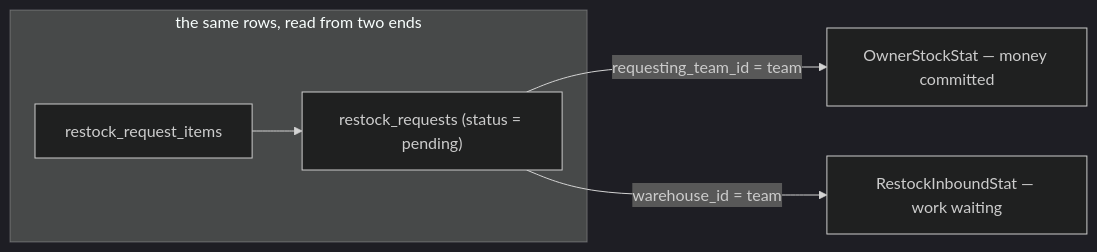
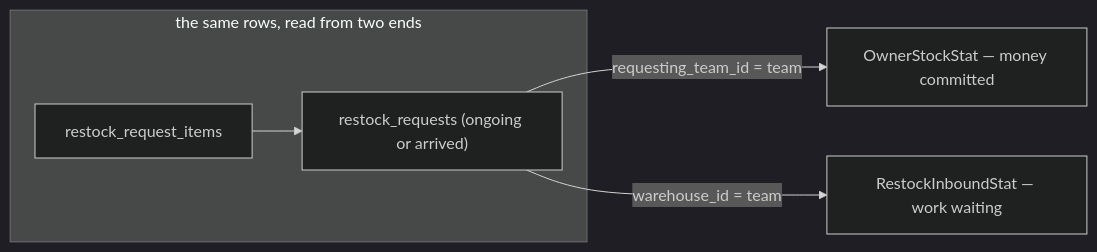
The sixth of 12 diagrams in docs/services/inventory_service/rpc.md (pdcgo/warehouse_revamp), drawn with Mermaid (dark theme) before and after one commit. The commit also changed other lines of this file and 145 other files, not shown here.

````diff
--- a/docs/services/inventory_service/rpc.md
+++ b/docs/services/inventory_service/rpc.md
@@ -411,10 +316,10 @@
 ```mermaid
 flowchart LR
     subgraph "the same rows, read from two ends"
-      RR["restock_requests (status = pending)"]
+      RR["restock_requests (ongoing or arrived)"]
       RI[restock_request_items]
       RI --> RR
     end
     RR -->|"requesting_team_id = team"| O["OwnerStockStat — money committed"]
     RR -->|"warehouse_id = team"| I["RestockInboundStat — work waiting"]
 ```
````
